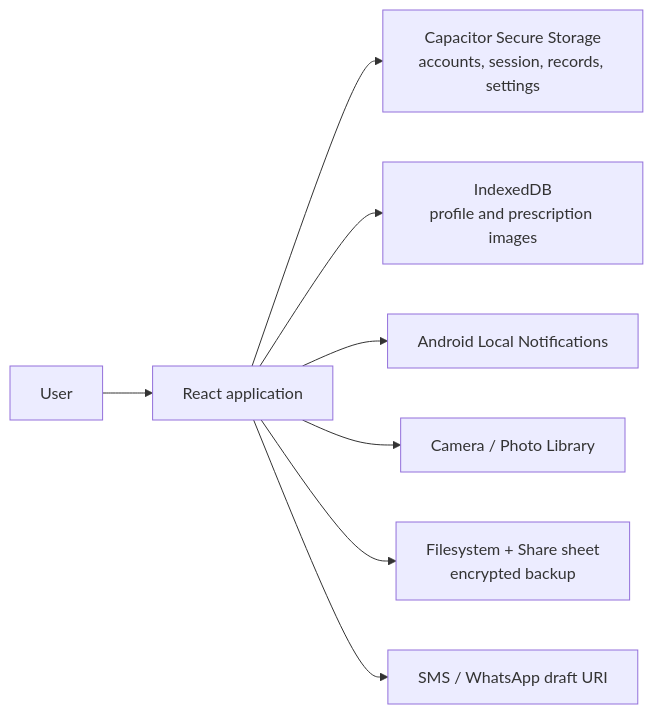
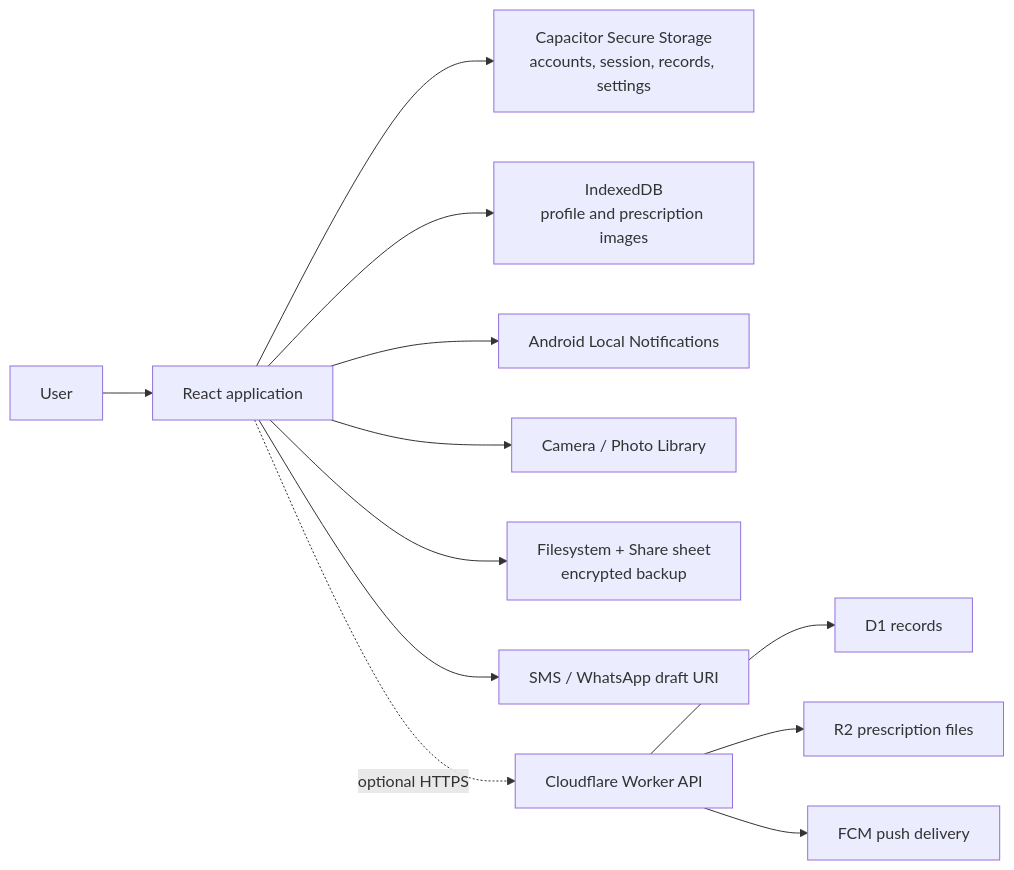
One commit to aneferez/Medloop-AI changed the diagram in docs/ARCHITECTURE.md. Above: the diagram before and after it, drawn with Mermaid. The commit also changed other lines of this file and 61 other files, not shown here.

````diff
--- a/docs/ARCHITECTURE.md
+++ b/docs/ARCHITECTURE.md
@@ -7,10 +7,14 @@
 ```mermaid
 flowchart LR
   U["User"] --> R["React application"]
   R --> S["Capacitor Secure Storage\naccounts, session, records, settings"]
   R --> I["IndexedDB\nprofile and prescription images"]
   R --> N["Android Local Notifications"]
   R --> C["Camera / Photo Library"]
   R --> F["Filesystem + Share sheet\nencrypted backup"]
   R --> M["SMS / WhatsApp draft URI"]
+  R -. optional HTTPS .-> G["Cloudflare Worker API"]
+  G --> D["D1 records"]
+  G --> B["R2 prescription files"]
+  G --> P["FCM push delivery"]
 ```
````
